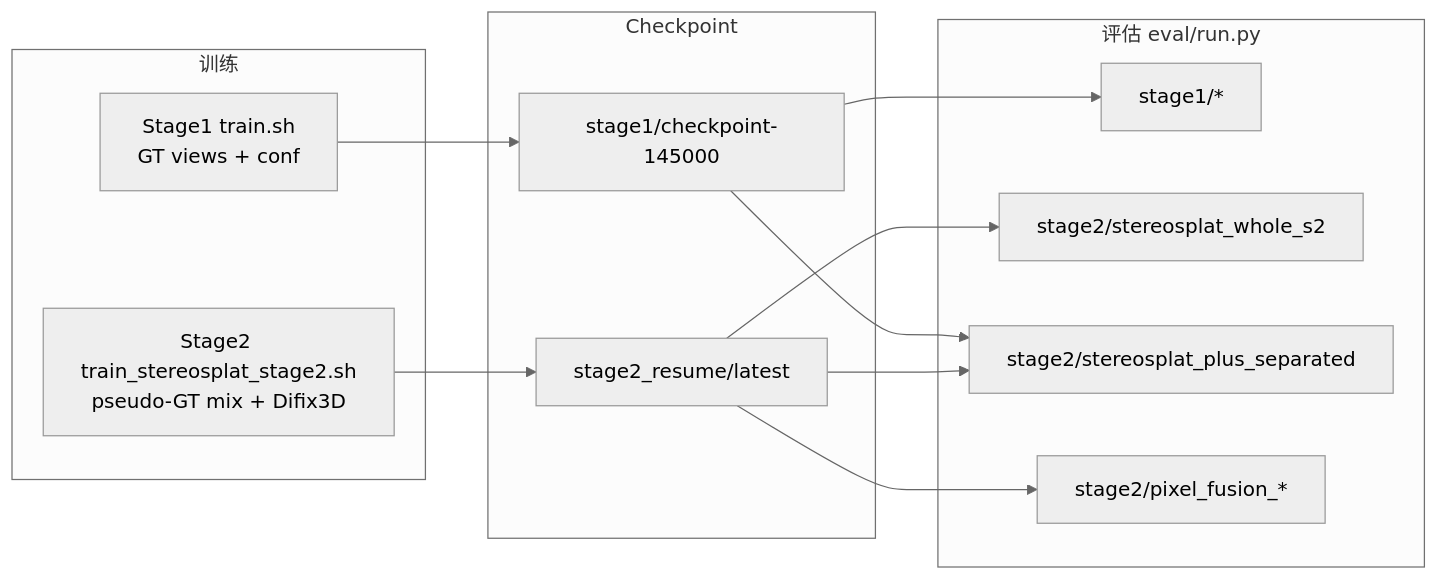
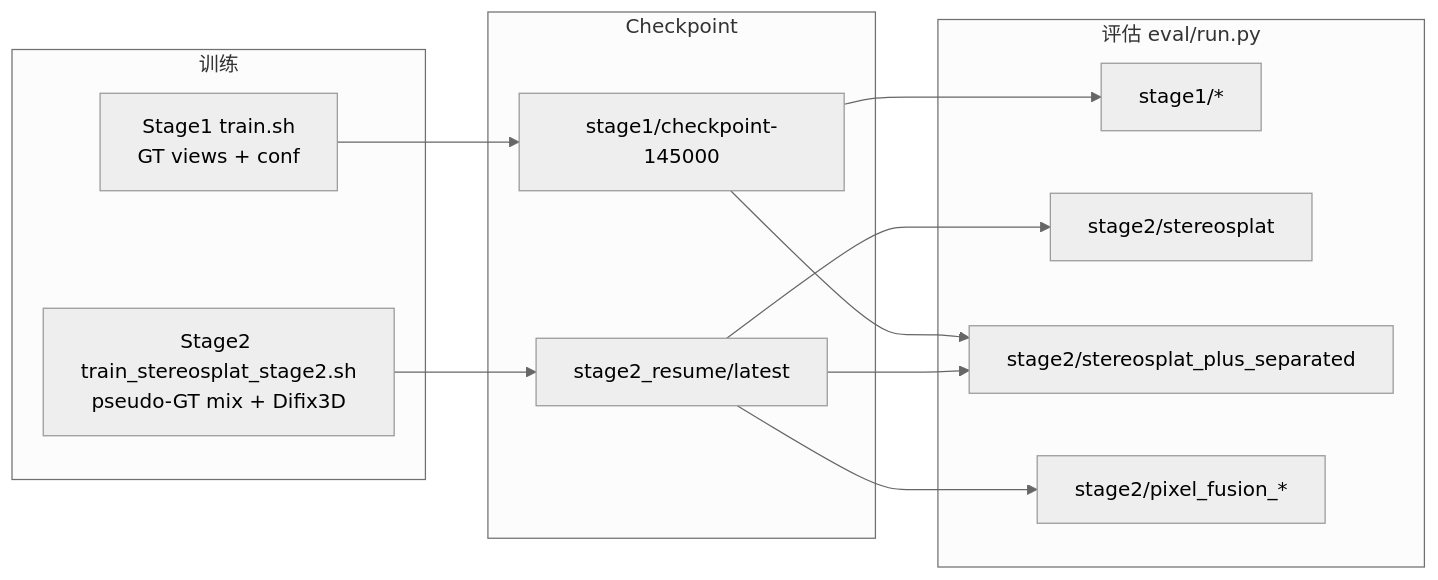
One commit to Magicboomliu/StereoSplat_Plus changed the second of 2 diagrams in stereosplat/eval/README.md. Above: the diagram before and after it, drawn with Mermaid (neutral theme). The commit also changed other lines of this file and 3 other files, not shown here.

````diff
--- a/stereosplat/eval/README.md
+++ b/stereosplat/eval/README.md
@@ -270,27 +268,27 @@
 ```mermaid
 flowchart LR
     subgraph train ["训练"]
         T1["Stage1 train.sh\nGT views + conf"]
         T2["Stage2 train_stereosplat_stage2.sh\npseudo-GT mix + Difix3D"]
     end
 
     subgraph ckpt ["Checkpoint"]
         C1["stage1/checkpoint-145000"]
         C2["stage2_resume/latest"]
     end
 
     subgraph eval ["评估 eval/run.py"]
         E1["stage1/*"]
-        E2s["stage2/stereosplat_whole_s2"]
+        E2s["stage2/stereosplat"]
         E2p["stage2/stereosplat_plus_separated"]
         E2f["stage2/pixel_fusion_*"]
     end
 
     T1 --> C1
     T2 --> C2
     C1 --> E1
     C1 --> E2p
     C2 --> E2s
     C2 --> E2p
     C2 --> E2f
 ```
````
